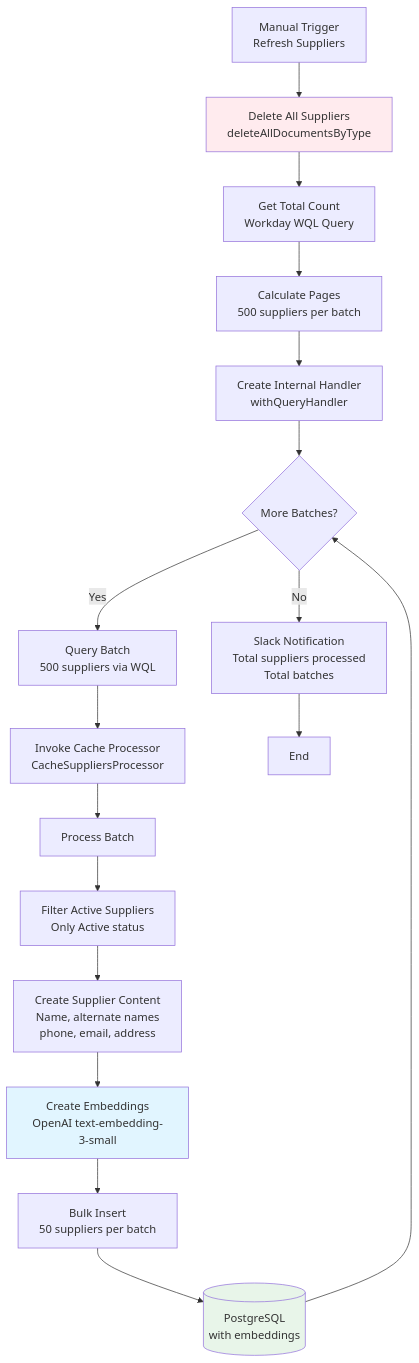
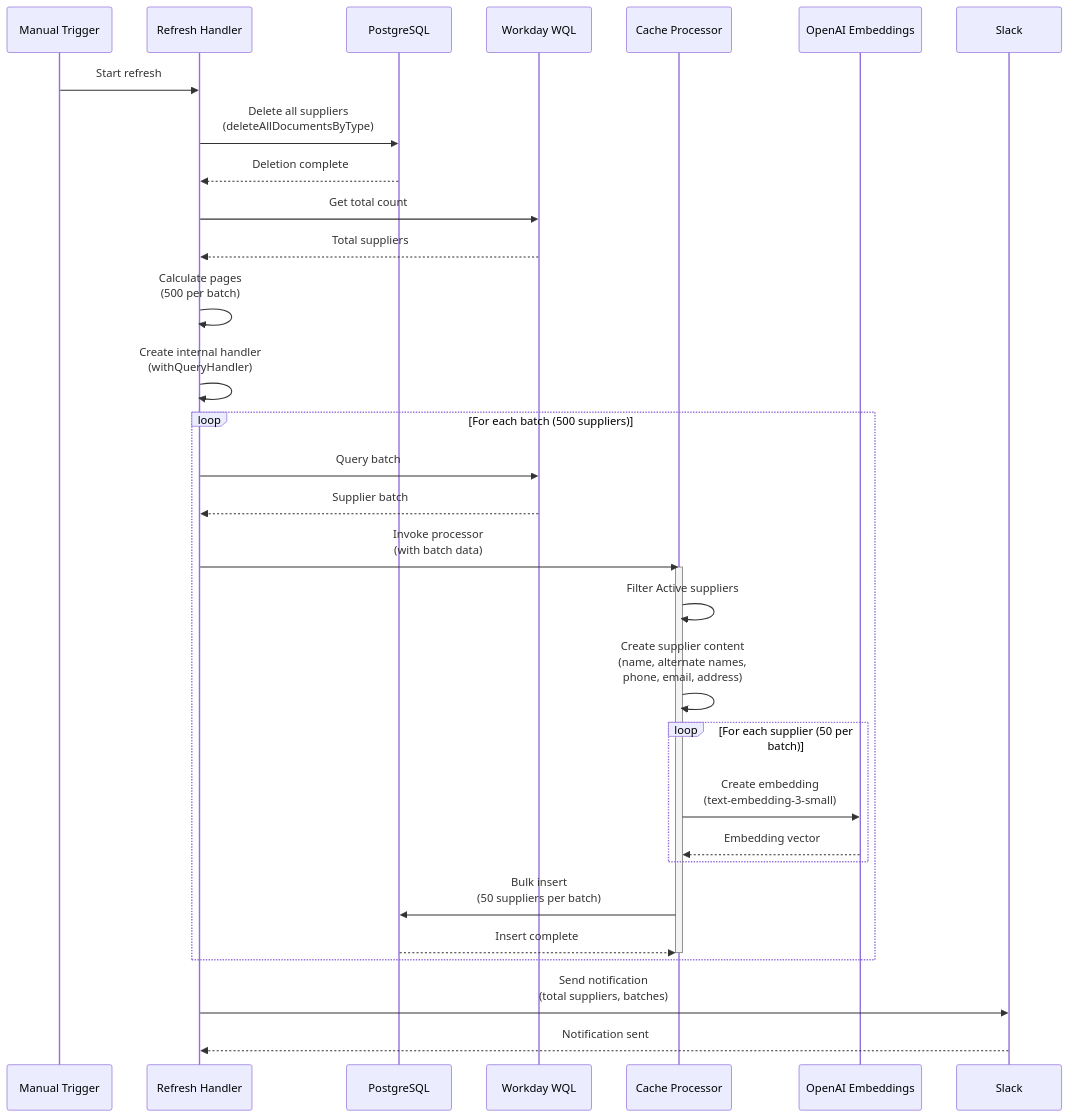
The fifth of 6 diagrams in README.md (pgahq/finance-agent), drawn with Mermaid before and after one commit. The commit also changed other lines of this file, not shown here.

Commit message:
conver to sequence

````diff
--- a/README.md
+++ b/README.md
@@ -398,34 +418,41 @@
 ```mermaid
-flowchart TD
-    START[Manual Trigger<br/>Refresh Suppliers] --> DELETE[Delete All Suppliers<br/>deleteAllDocumentsByType]
+sequenceDiagram
+    participant Trigger as Manual Trigger
+    participant RefreshHandler as Refresh Handler
+    participant DB as PostgreSQL
+    participant WorkdayWQL as Workday WQL
+    participant CacheProcessor as Cache Processor
+    participant OpenAI as OpenAI Embeddings
+    participant Slack
     
-    DELETE --> GET_COUNT[Get Total Count<br/>Workday WQL Query]
-    GET_COUNT --> CALC_PAGES[Calculate Pages<br/>500 suppliers per batch]
+    Trigger->>RefreshHandler: Start refresh
+    RefreshHandler->>DB: Delete all suppliers<br/>(deleteAllDocumentsByType)
+    DB-->>RefreshHandler: Deletion complete
     
-    CALC_PAGES --> CREATE_HANDLER[Create Internal Handler<br/>withQueryHandler]
+    RefreshHandler->>WorkdayWQL: Get total count
+    WorkdayWQL-->>RefreshHandler: Total suppliers
+    RefreshHandler->>RefreshHandler: Calculate pages<br/>(500 per batch)
+    RefreshHandler->>RefreshHandler: Create internal handler<br/>(withQueryHandler)
     
-    CREATE_HANDLER --> LOOP{More Batches?}
+    loop For each batch (500 suppliers)
+        RefreshHandler->>WorkdayWQL: Query batch
+        WorkdayWQL-->>RefreshHandler: Supplier batch
+        RefreshHandler->>CacheProcessor: Invoke processor<br/>(with batch data)
+        
+        activate CacheProcessor
+        CacheProcessor->>CacheProcessor: Filter Active suppliers
+        CacheProcessor->>CacheProcessor: Create supplier content<br/>(name, alternate names,<br/>phone, email, address)
+        
+        loop For each supplier (50 per batch)
+            CacheProcessor->>OpenAI: Create embedding<br/>(text-embedding-3-small)
+            OpenAI-->>CacheProcessor: Embedding vector
+        end
+        
+        CacheProcessor->>DB: Bulk insert<br/>(50 suppliers per batch)
+        DB-->>CacheProcessor: Insert complete
+        deactivate CacheProcessor
+    end
     
-    LOOP -->|Yes| QUERY_BATCH[Query Batch<br/>500 suppliers via WQL]
-    QUERY_BATCH --> INVOKE_CACHE[Invoke Cache Processor<br/>CacheSuppliersProcessor]
-    
-    INVOKE_CACHE --> PROCESS_BATCH[Process Batch]
-    
-    PROCESS_BATCH --> FILTER_ACTIVE[Filter Active Suppliers<br/>Only Active status]
-    FILTER_ACTIVE --> CREATE_CONTENT[Create Supplier Content<br/>Name, alternate names<br/>phone, email, address]
-    
-    CREATE_CONTENT --> CREATE_EMB[Create Embeddings<br/>OpenAI text-embedding-3-small]
-    CREATE_EMB --> BULK_INSERT[Bulk Insert<br/>50 suppliers per batch]
-    
-    BULK_INSERT --> STORE[(PostgreSQL<br/>with embeddings)]
-    
-    STORE --> LOOP
-    
-    LOOP -->|No| NOTIFY[Slack Notification<br/>Total suppliers processed<br/>Total batches]
-    
-    NOTIFY --> END[End]
-    
-    style DELETE fill:#ffebee
-    style CREATE_EMB fill:#e1f5ff
-    style STORE fill:#e8f5e9
+    RefreshHandler->>Slack: Send notification<br/>(total suppliers, batches)
+    Slack-->>RefreshHandler: Notification sent
 ```
````
